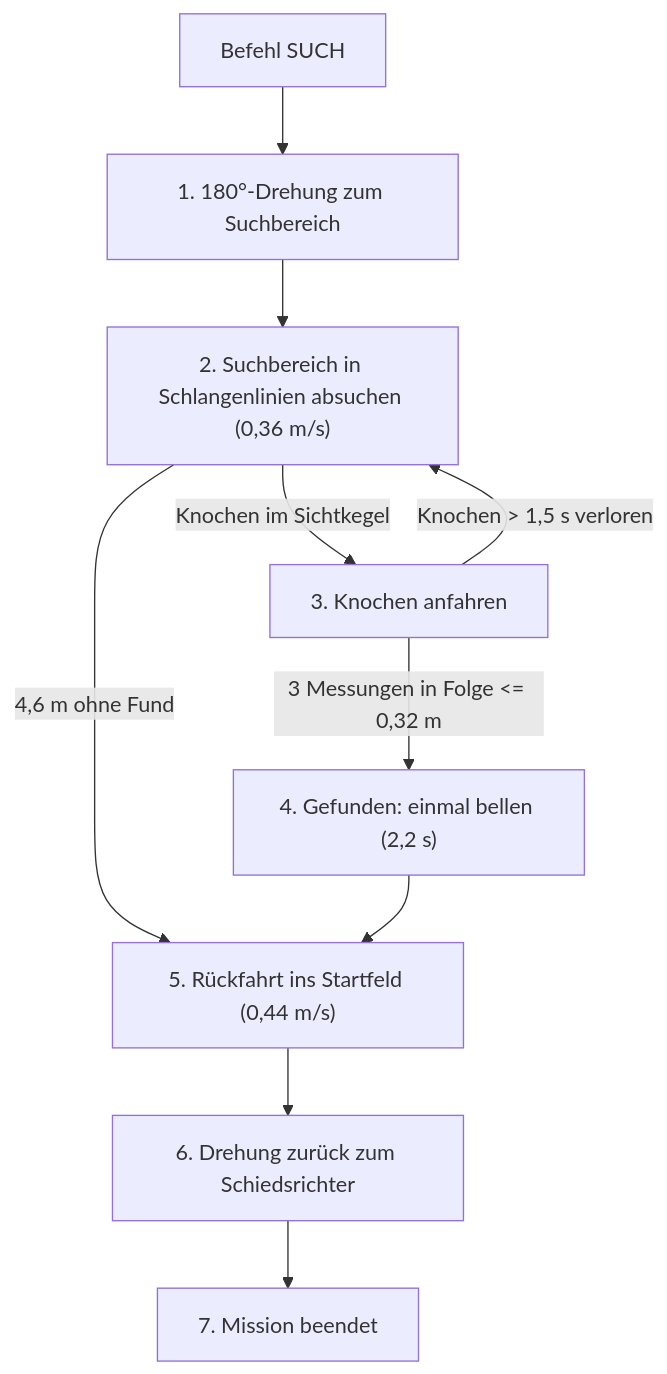
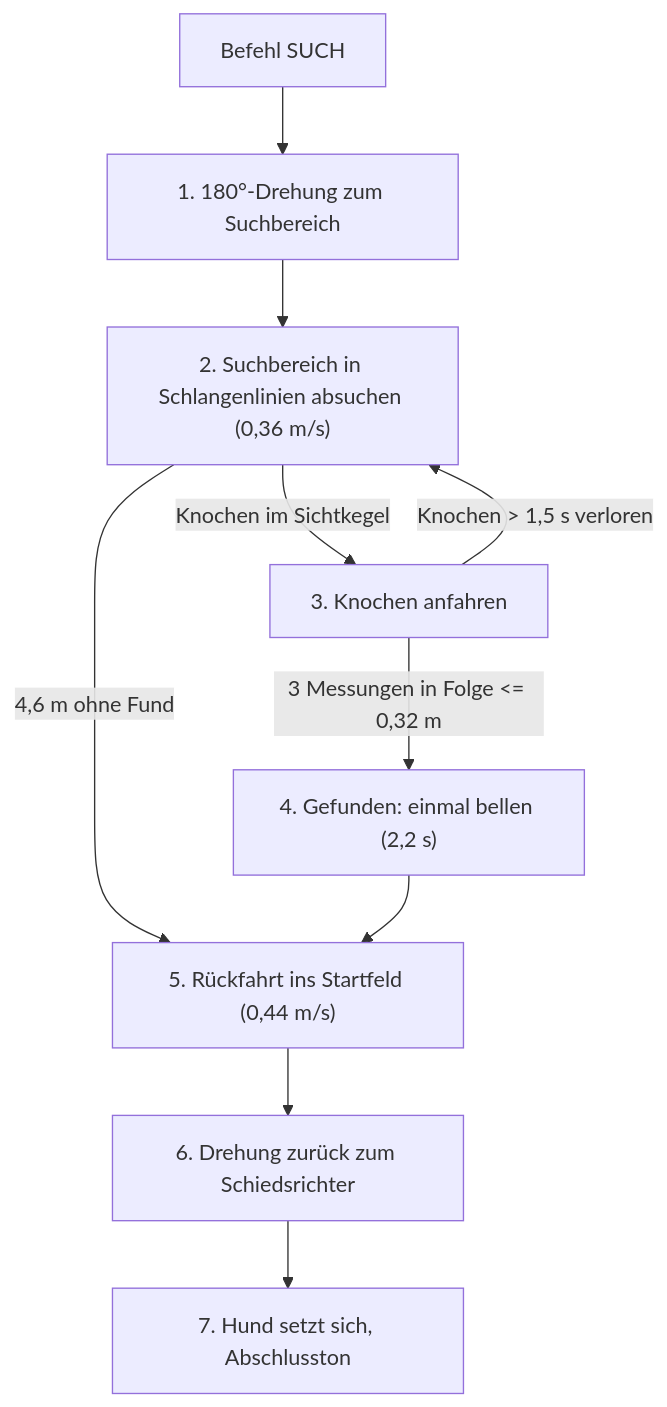
The diagram in simulation/README.md (Oliver-Pettersson/Roboterhund-Gruppe17), drawn with Mermaid before and after one commit. The commit also changed other lines of this file and 5 other files, not shown here.

````diff
--- a/simulation/README.md
+++ b/simulation/README.md
@@ -117,12 +117,12 @@
 ```mermaid
 flowchart TD
     A["Befehl SUCH"] --> B["1. 180°-Drehung zum Suchbereich"]
     B --> C["2. Suchbereich in Schlangenlinien absuchen (0,36 m/s)"]
     C -->|Knochen im Sichtkegel| D["3. Knochen anfahren"]
     C -->|4,6 m ohne Fund| F
     D -->|3 Messungen in Folge <= 0,32 m| E["4. Gefunden: einmal bellen (2,2 s)"]
     D -->|Knochen > 1,5 s verloren| C
     E --> F["5. Rückfahrt ins Startfeld (0,44 m/s)"]
     F --> G["6. Drehung zurück zum Schiedsrichter"]
-    G --> H["7. Mission beendet"]
+    G --> H["7. Hund setzt sich, Abschlusston"]
 ```
````
